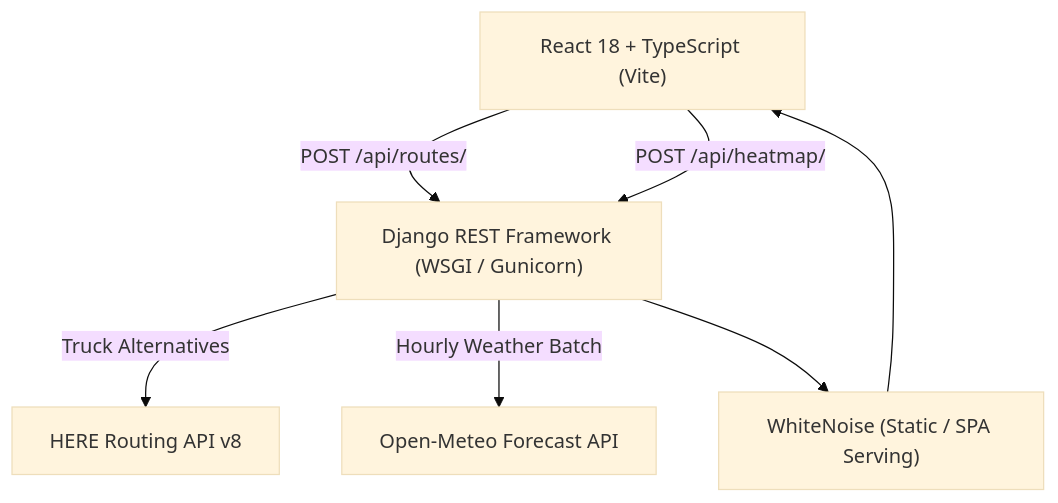
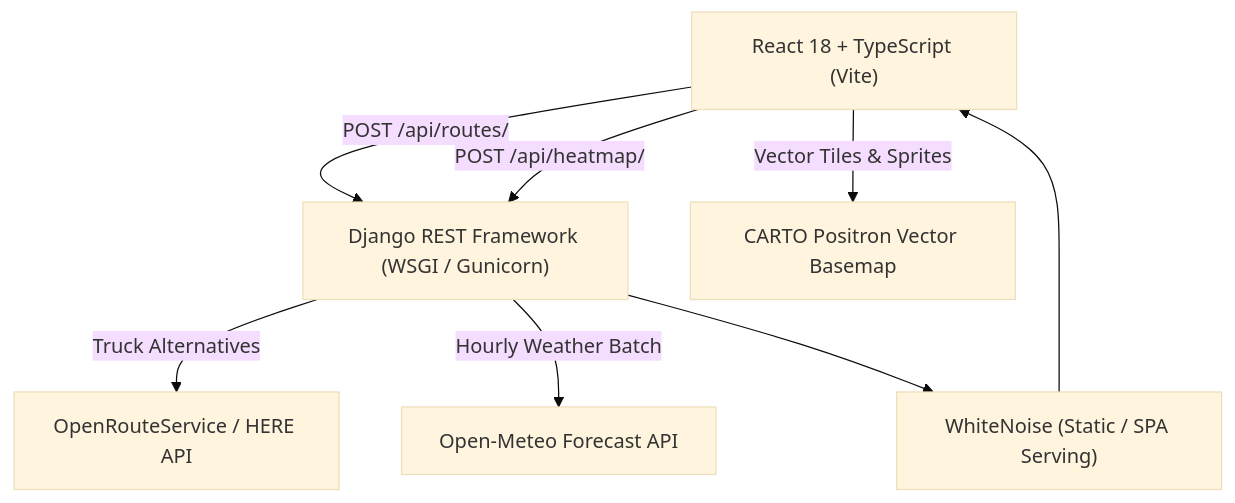
One commit to Hassan4243884/RouteWise changed the diagram in README.md. Above: the diagram before and after it, drawn with Mermaid (base theme). The commit also changed other lines of this file, not shown here.

````diff
--- a/README.md
+++ b/README.md
@@ -49,15 +54,17 @@
 ```mermaid
 graph TD
     Client["React 18 + TypeScript (Vite)"]
     DRF["Django REST Framework (WSGI / Gunicorn)"]
-    HERE["HERE Routing API v8"]
+    ORS["OpenRouteService / HERE API"]
     OpenMeteo["Open-Meteo Forecast API"]
+    CARTO["CARTO Positron Vector Basemap"]
     WhiteNoise["WhiteNoise (Static / SPA Serving)"]
 
     Client -->|"POST /api/routes/"| DRF
     Client -->|"POST /api/heatmap/"| DRF
-    DRF -->|"Truck Alternatives"| HERE
+    Client -->|"Vector Tiles & Sprites"| CARTO
+    DRF -->|"Truck Alternatives"| ORS
     DRF -->|"Hourly Weather Batch"| OpenMeteo
     DRF --> WhiteNoise
     WhiteNoise --> Client
 ```
````
